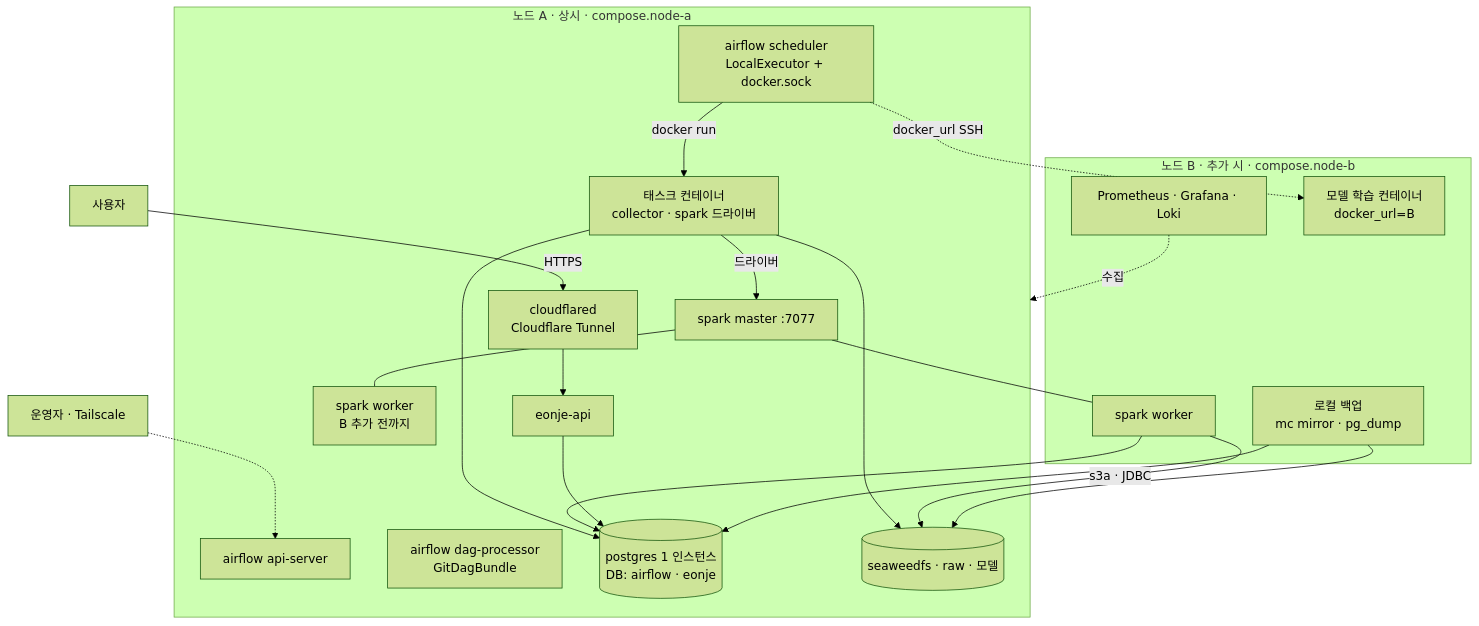
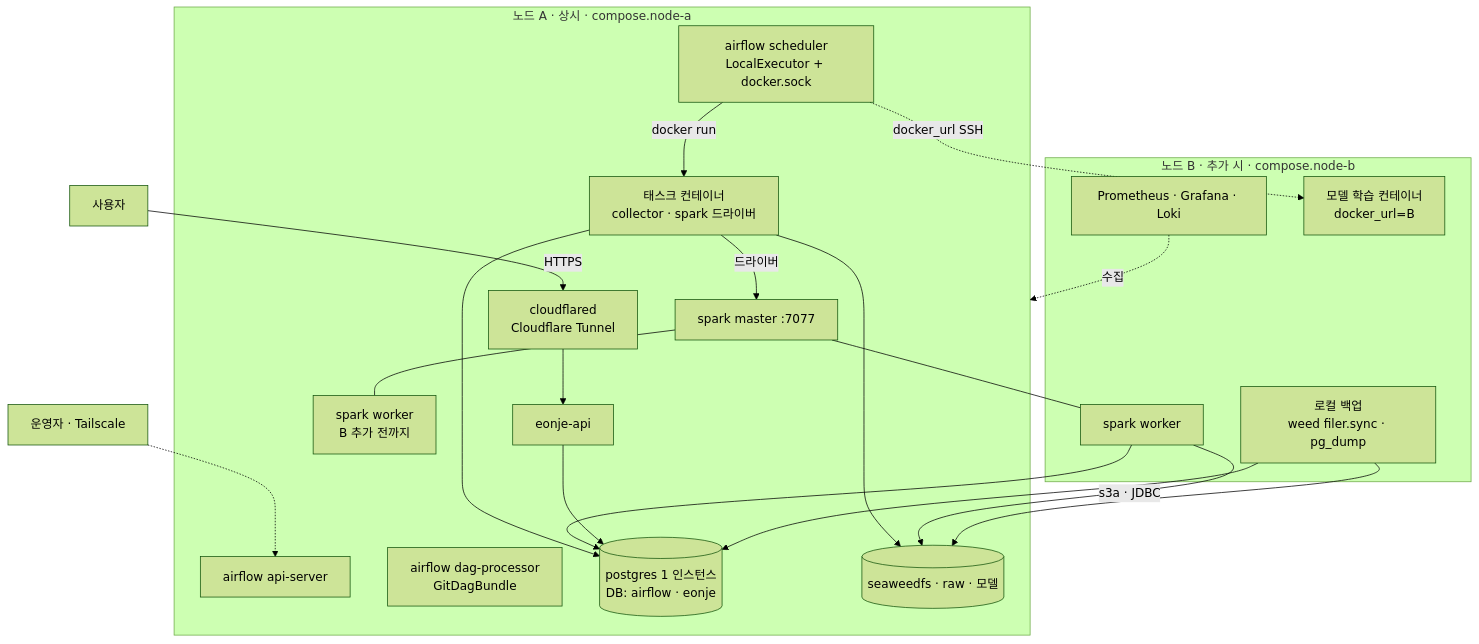
One commit to jungyu333/eonje changed the second of 2 diagrams in docs/design.md. Above: the diagram before and after it, drawn with Mermaid (forest theme). The commit also changed other lines of this file and 6 other files, not shown here.

````diff
--- a/docs/design.md
+++ b/docs/design.md
@@ -145,37 +159,37 @@
 ```mermaid
 flowchart TB
     subgraph A[노드 A · 상시 · compose.node-a]
         CF[cloudflared<br/>Cloudflare Tunnel]
         AS[airflow api-server]
         SC[airflow scheduler<br/>LocalExecutor + docker.sock]
         DP[airflow dag-processor<br/>GitDagBundle]
         TK[태스크 컨테이너<br/>collector · spark 드라이버]
         PG[(postgres 1 인스턴스<br/>DB: airflow · eonje)]
         MN[(seaweedfs · raw · 모델)]
         SM[spark master :7077]
         SWA[spark worker<br/>B 추가 전까지]
         FA[eonje-api]
     end
     subgraph B[노드 B · 추가 시 · compose.node-b]
         SWB[spark worker]
         MON[Prometheus · Grafana · Loki]
-        BK[로컬 백업<br/>mc mirror · pg_dump]
+        BK[로컬 백업<br/>weed filer.sync · pg_dump]
         MLT[모델 학습 컨테이너<br/>docker_url=B]
     end
     SC -->|docker run| TK
     SC -.->|docker_url SSH| MLT
     TK --> PG
     TK --> MN
     TK -->|드라이버| SM
     SM --- SWA
     SM --- SWB
     SWB -->|s3a · JDBC| MN
     SWB --> PG
     FA --> PG
     CF --> FA
     U[사용자] -->|HTTPS| CF
     OP[운영자 · Tailscale] -.-> AS
     BK --> MN
     BK --> PG
     MON -.->|수집| A
 ```
````
